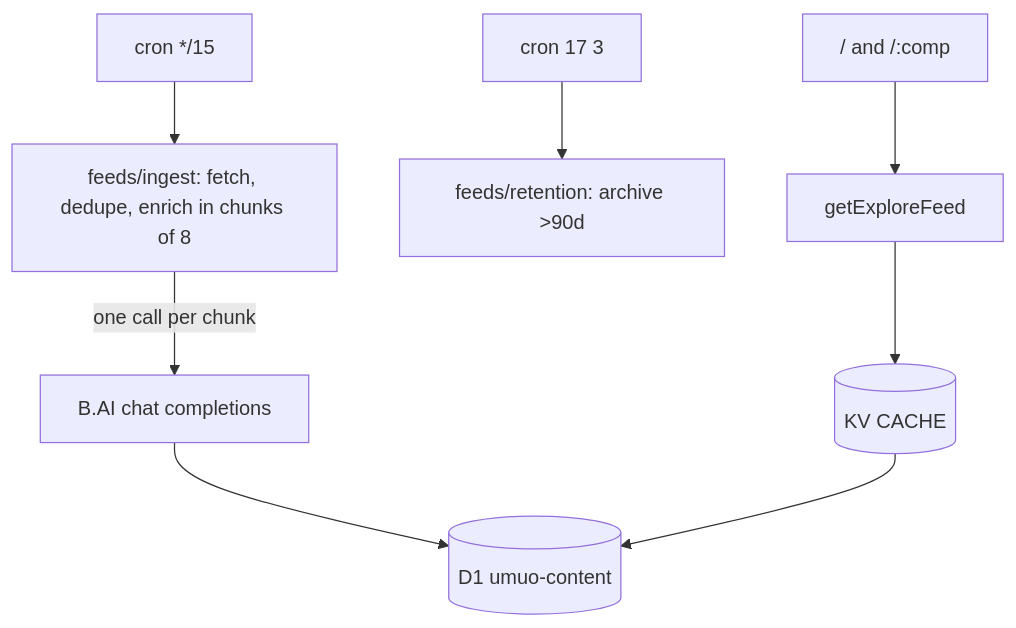
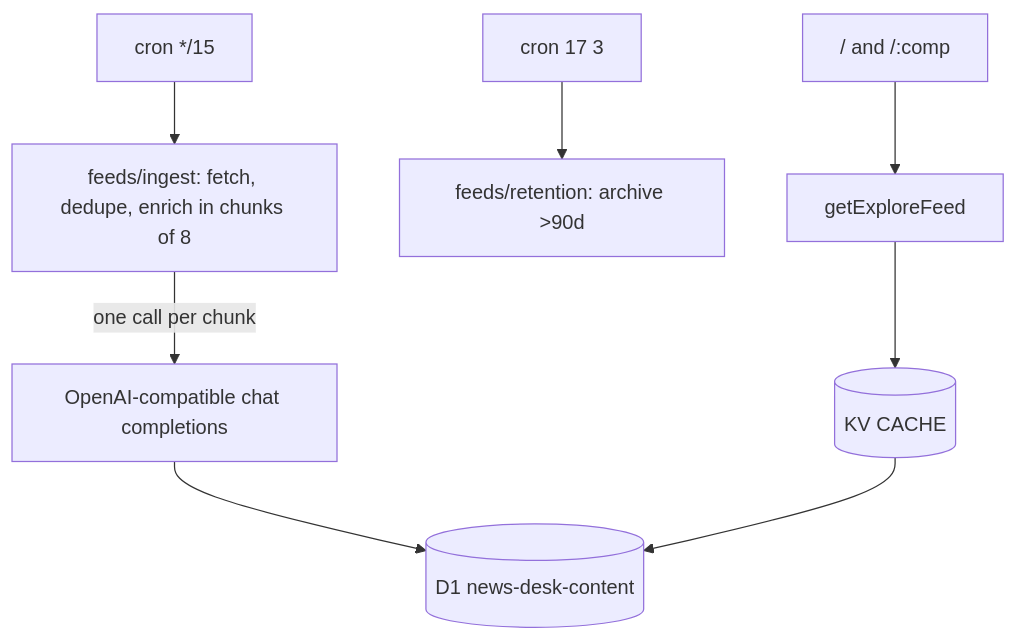
One commit to youming-ai/umuo changed the diagram in README.md. Above: the diagram before and after it, drawn with Mermaid. The commit also changed other lines of this file and 16 other files, not shown here.

````diff
--- a/README.md
+++ b/README.md
@@ -13,8 +40,8 @@
 ```mermaid
 graph TD
   Cron["cron */15"] --> Ingest[feeds/ingest: fetch, dedupe, enrich in chunks of 8]
-  Ingest -->|one call per chunk| LLM[B.AI chat completions]
-  LLM --> D1[(D1 umuo-content)]
+  Ingest -->|one call per chunk| LLM[OpenAI-compatible chat completions]
+  LLM --> D1[(D1 news-desk-content)]
   Sweep["cron 17 3"] --> Retention[feeds/retention: archive >90d]
   Home["/ and /:comp"] --> Explore[getExploreFeed] --> KV1[(KV CACHE)] --> D1
 ```
````
